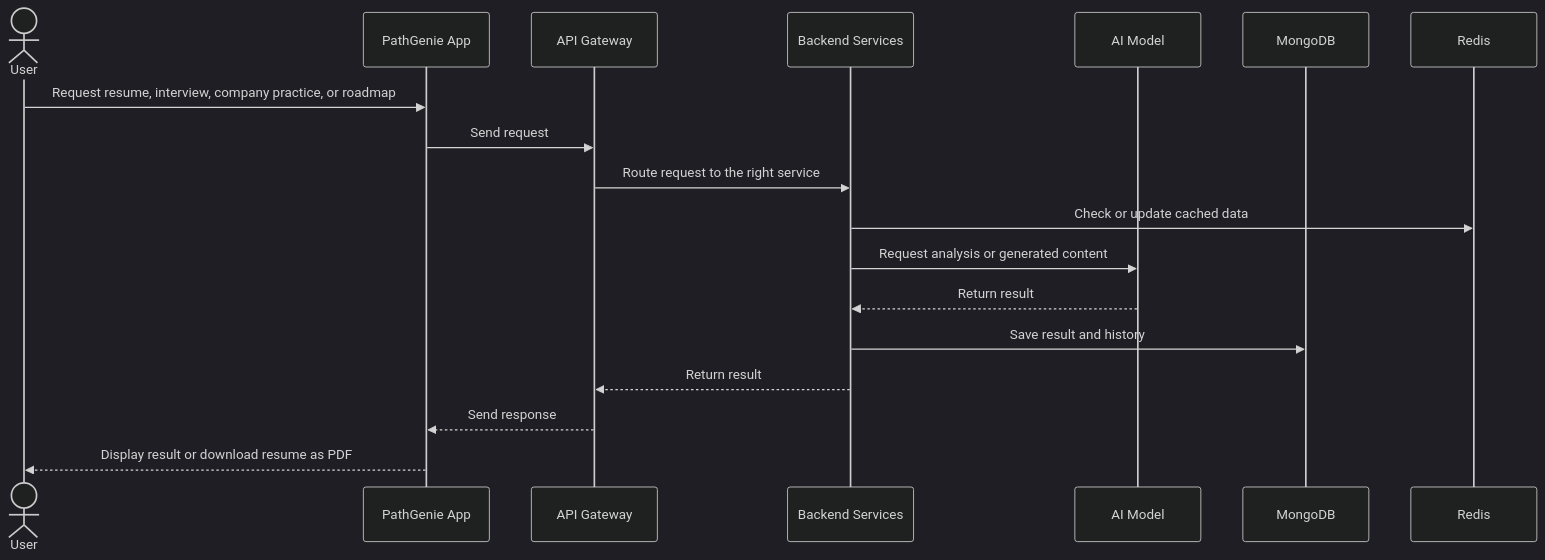
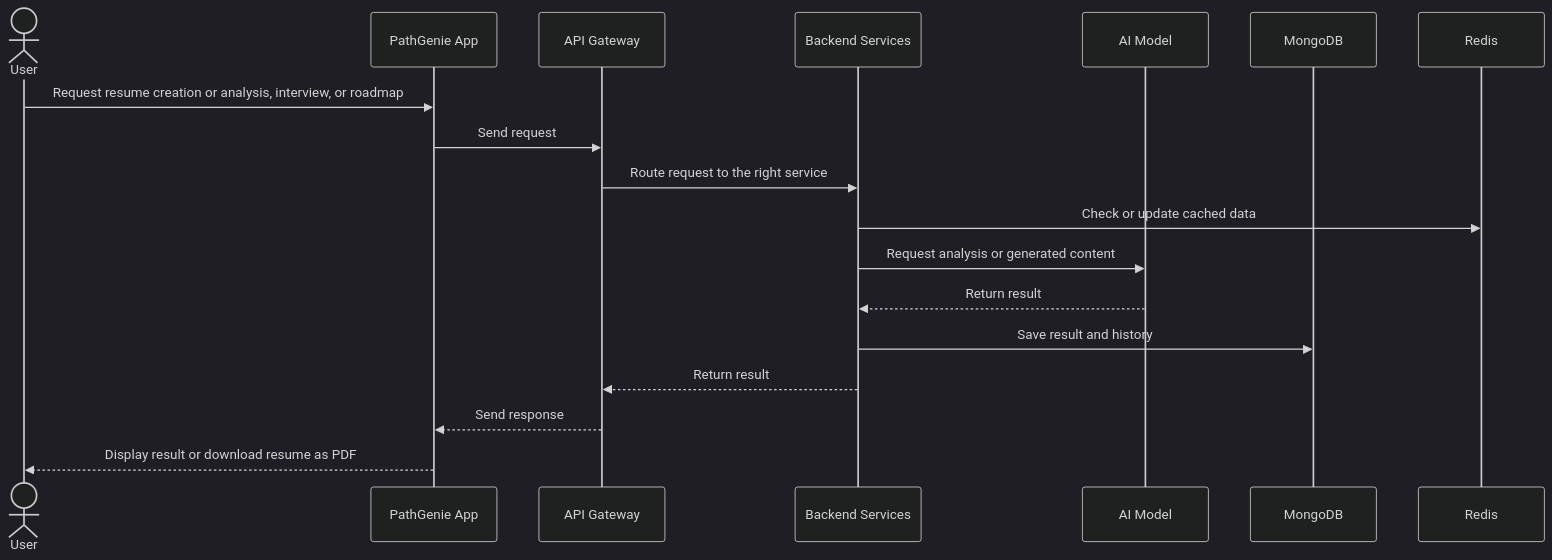
One commit to Tushar-Sharma-hub/PathGenie changed the second of 2 diagrams in README.md. Above: the diagram before and after it, drawn with Mermaid (dark theme). The commit also changed other lines of this file and 18 other files, not shown here.

````diff
--- a/README.md
+++ b/README.md
@@ -236,21 +204,21 @@
 ```mermaid
 sequenceDiagram
     actor User
     participant App as PathGenie App
     participant Gateway as API Gateway
     participant Services as Backend Services
     participant AI as AI Model
     participant Mongo as MongoDB
     participant Redis
 
-    User->>App: Request resume, interview, company practice, or roadmap
+    User->>App: Request resume creation or analysis, interview, or roadmap
     App->>Gateway: Send request
     Gateway->>Services: Route request to the right service
     Services->>Redis: Check or update cached data
     Services->>AI: Request analysis or generated content
     AI-->>Services: Return result
     Services->>Mongo: Save result and history
     Services-->>Gateway: Return result
     Gateway-->>App: Send response
     App-->>User: Display result or download resume as PDF
 ```
````
